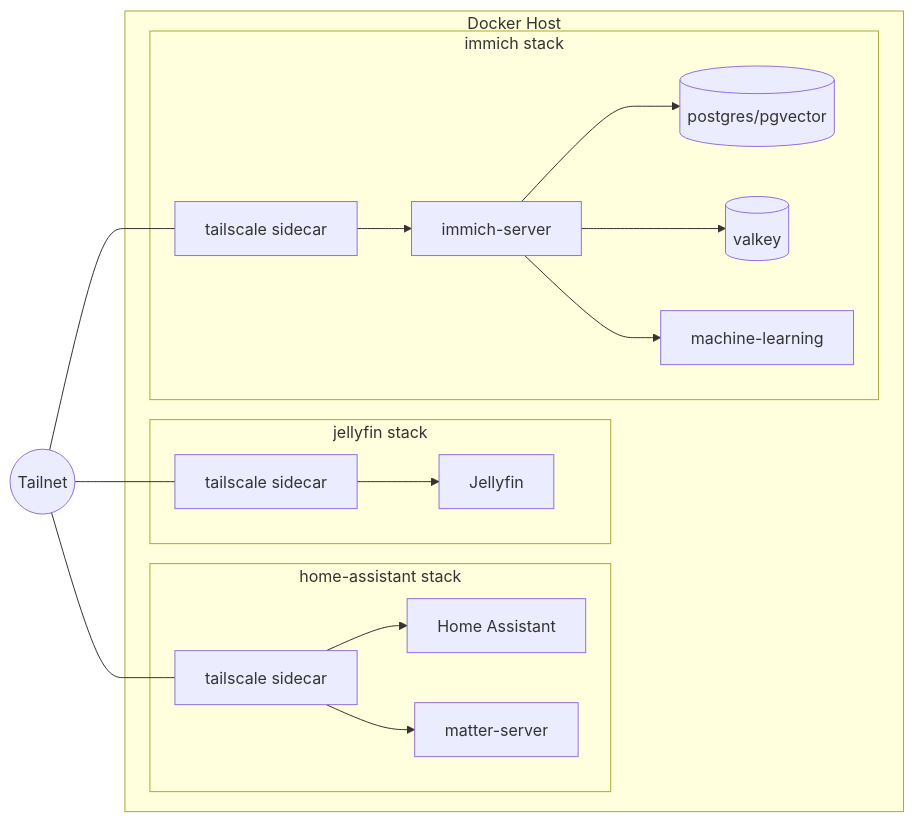
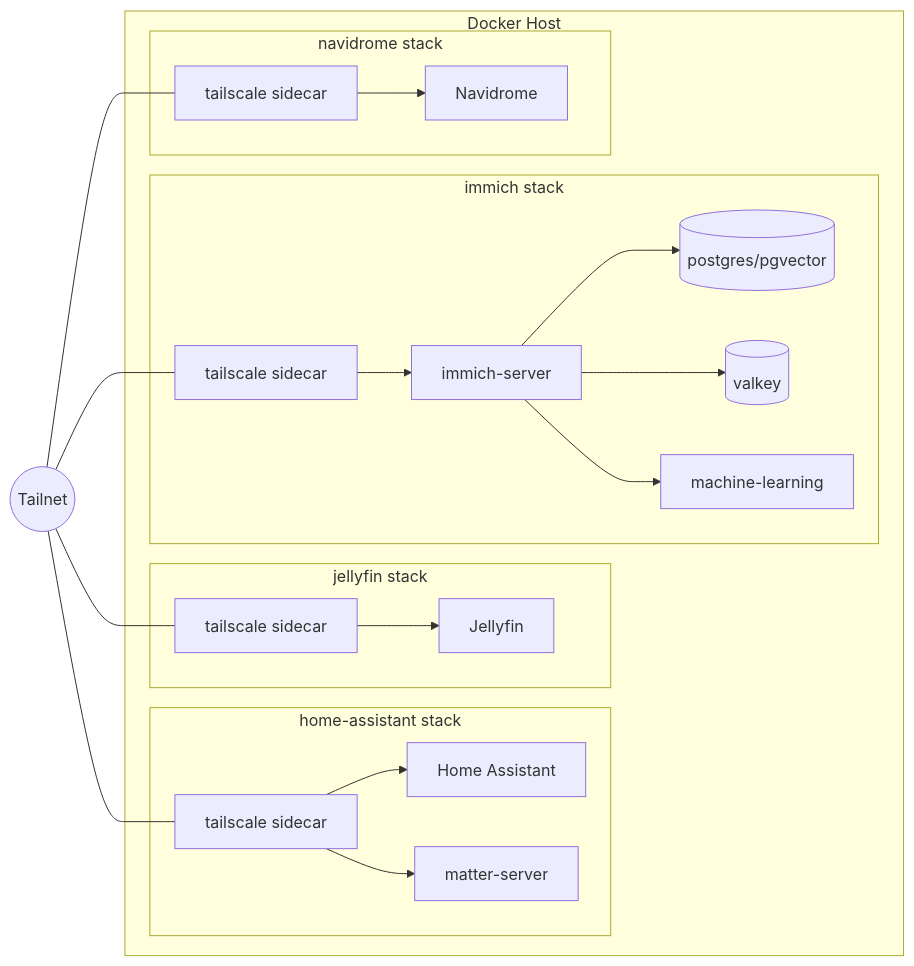
One commit to kbario/homelab changed the diagram in README.md. Above: the diagram before and after it, drawn with Mermaid. The commit also changed other lines of this file and 4 other files, not shown here.

````diff
--- a/README.md
+++ b/README.md
@@ -9,21 +9,25 @@
 ```mermaid
 flowchart LR
   subgraph host [Docker Host]
     subgraph ha [home-assistant stack]
       tsHA[tailscale sidecar] --> HA[Home Assistant]
       tsHA --> Matter[matter-server]
     end
     subgraph jf [jellyfin stack]
       tsJF[tailscale sidecar] --> JF[Jellyfin]
     end
     subgraph im [immich stack]
       tsIM[tailscale sidecar] --> IMS[immich-server]
       IMS --> DB[(postgres/pgvector)]
       IMS --> Redis[(valkey)]
       IMS --> ML[machine-learning]
     end
+    subgraph nd [navidrome stack]
+      tsND[tailscale sidecar] --> ND[Navidrome]
+    end
   end
   Tailnet((Tailnet)) --- tsHA
   Tailnet --- tsJF
   Tailnet --- tsIM
+  Tailnet --- tsND
 ```
````
